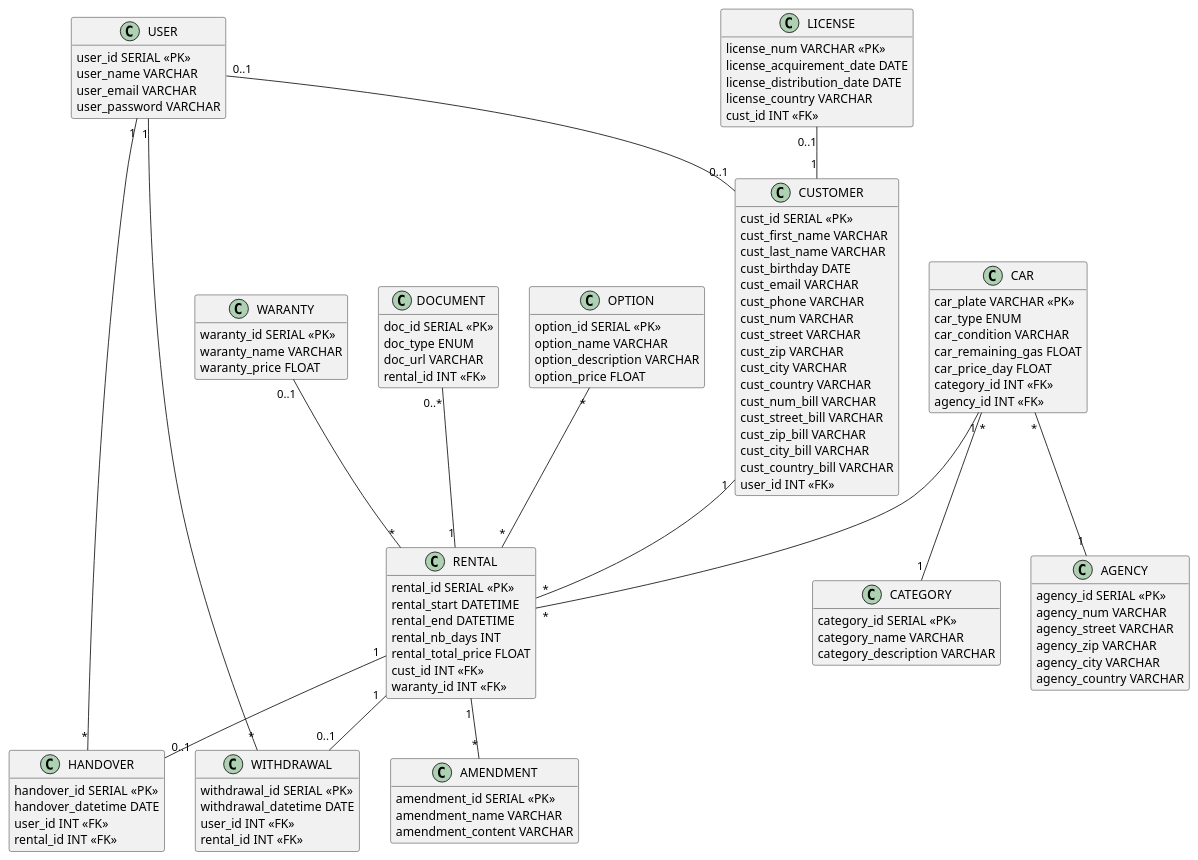
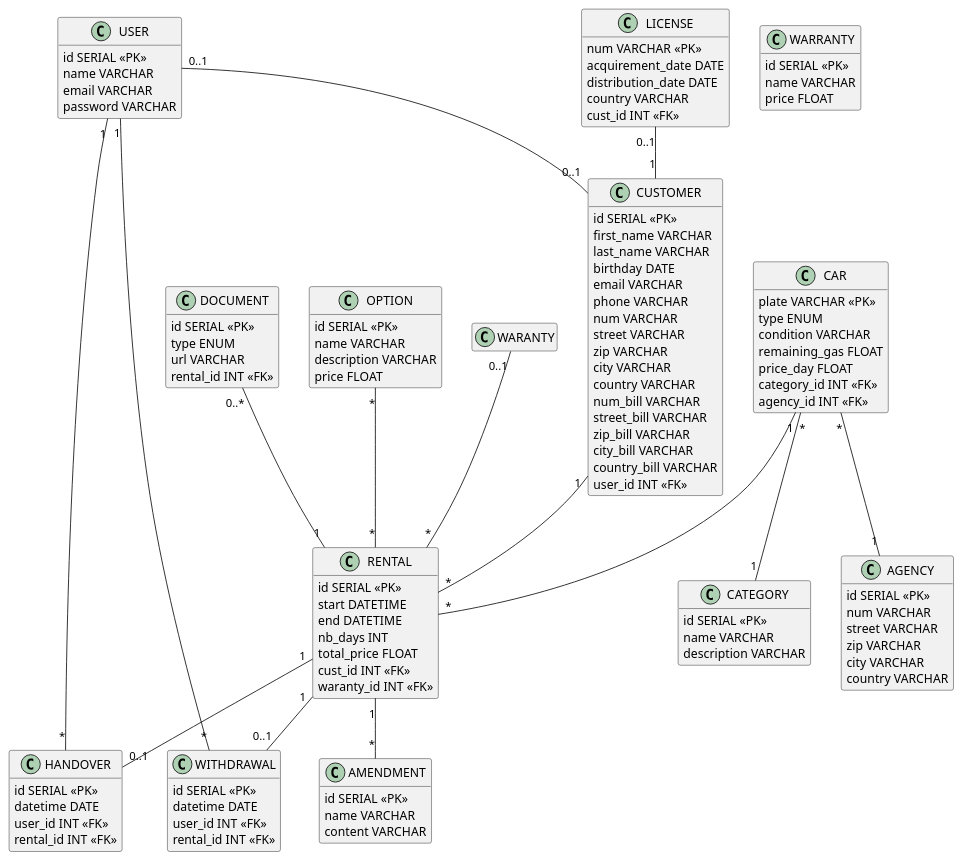
Before and after one commit to axelriv62/roulmapoul-api: the diagram in diagram.puml, drawn with PlantUML.

Commit message:
fix: suppression des préfixes des attributs

```diff
--- a/diagram.puml
+++ b/diagram.puml
@@ -1,129 +1,129 @@
 @startuml
 hide empty members
 
 class USER {
-    user_id SERIAL <<PK>>
-    user_name VARCHAR
-    user_email VARCHAR
-    user_password VARCHAR
+    id SERIAL <<PK>>
+    name VARCHAR
+    email VARCHAR
+    password VARCHAR
 }
 
 class CUSTOMER {
-    cust_id SERIAL <<PK>>
-    cust_first_name VARCHAR
-    cust_last_name VARCHAR
-    cust_birthday DATE
-    cust_email VARCHAR
-    cust_phone VARCHAR
-    cust_num VARCHAR
-    cust_street VARCHAR
-    cust_zip VARCHAR
-    cust_city VARCHAR
-    cust_country VARCHAR
-    cust_num_bill VARCHAR
-    cust_street_bill VARCHAR
-    cust_zip_bill VARCHAR
-    cust_city_bill VARCHAR
-    cust_country_bill VARCHAR
+    id SERIAL <<PK>>
+    first_name VARCHAR
+    last_name VARCHAR
+    birthday DATE
+    email VARCHAR
+    phone VARCHAR
+    num VARCHAR
+    street VARCHAR
+    zip VARCHAR
+    city VARCHAR
+    country VARCHAR
+    num_bill VARCHAR
+    street_bill VARCHAR
+    zip_bill VARCHAR
+    city_bill VARCHAR
+    country_bill VARCHAR
     user_id INT <<FK>>
 }
 
 class RENTAL {
-    rental_id SERIAL <<PK>>
-    rental_start DATETIME
-    rental_end DATETIME
-    rental_nb_days INT
-    rental_total_price FLOAT
+    id SERIAL <<PK>>
+    start DATETIME
+    end DATETIME
+    nb_days INT
+    total_price FLOAT
     cust_id INT <<FK>>
     waranty_id INT <<FK>>
 }
 
 class LICENSE {
-    license_num VARCHAR <<PK>>
-    license_acquirement_date DATE
-    license_distribution_date DATE
-    license_country VARCHAR
+    num VARCHAR <<PK>>
+    acquirement_date DATE
+    distribution_date DATE
+    country VARCHAR
     cust_id INT <<FK>>
 }
 
-class WARANTY {
-    waranty_id SERIAL <<PK>>
-    waranty_name VARCHAR
-    waranty_price FLOAT
+class WARRANTY {
+    id SERIAL <<PK>>
+    name VARCHAR
+    price FLOAT
 }
 
 class AMENDMENT {
-    amendment_id SERIAL <<PK>>
-    amendment_name VARCHAR
-    amendment_content VARCHAR
+    id SERIAL <<PK>>
+    name VARCHAR
+    content VARCHAR
 }
 
 class DOCUMENT {
-    doc_id SERIAL <<PK>>
-    doc_type ENUM
-    doc_url VARCHAR
+    id SERIAL <<PK>>
+    type ENUM
+    url VARCHAR
     rental_id INT <<FK>>
 }
 
 class WITHDRAWAL {
-    withdrawal_id SERIAL <<PK>>
-    withdrawal_datetime DATE
+    id SERIAL <<PK>>
+    datetime DATE
     user_id INT <<FK>>
     rental_id INT <<FK>>
 }
 
 class HANDOVER {
-    handover_id SERIAL <<PK>>
-    handover_datetime DATE
+    id SERIAL <<PK>>
+    datetime DATE
     user_id INT <<FK>>
     rental_id INT <<FK>>
 }
 
 class CAR {
-    car_plate VARCHAR <<PK>>
-    car_type ENUM
-    car_condition VARCHAR
-    car_remaining_gas FLOAT
-    car_price_day FLOAT
+    plate VARCHAR <<PK>>
+    type ENUM
+    condition VARCHAR
+    remaining_gas FLOAT
+    price_day FLOAT
     category_id INT <<FK>>
     agency_id INT <<FK>>
 }
 
 class OPTION {
-    option_id SERIAL <<PK>>
-    option_name VARCHAR
-    option_description VARCHAR
-    option_price FLOAT
+    id SERIAL <<PK>>
+    name VARCHAR
+    description VARCHAR
+    price FLOAT
 }
 
 class CATEGORY {
-    category_id SERIAL <<PK>>
-    category_name VARCHAR
-    category_description VARCHAR
+    id SERIAL <<PK>>
+    name VARCHAR
+    description VARCHAR
 }
 
 class AGENCY {
-    agency_id SERIAL <<PK>>
-    agency_num VARCHAR
-    agency_street VARCHAR
-    agency_zip VARCHAR
-    agency_city VARCHAR
-    agency_country VARCHAR
+    id SERIAL <<PK>>
+    num VARCHAR
+    street VARCHAR
+    zip VARCHAR
+    city VARCHAR
+    country VARCHAR
 }
 
 CAR "*" -- "1" AGENCY
 CAR "*" -- "1" CATEGORY
 CAR "1" -- "*" RENTAL
 RENTAL "1" -- "*" AMENDMENT
 RENTAL "1" -- "0..1" WITHDRAWAL
 WITHDRAWAL "*" -- "1" USER
 USER "0..1" -- "0..1" CUSTOMER
 LICENSE "0..1" -- "1" CUSTOMER
 WARANTY "0..1" -- "*" RENTAL
 OPTION "*" -- "*" RENTAL
 DOCUMENT "0..*" -- "1" RENTAL
 USER "1" -- "*" HANDOVER
 RENTAL "1" -- "0..1" HANDOVER
 CUSTOMER "1" -- "*" RENTAL
 
 @enduml
```
